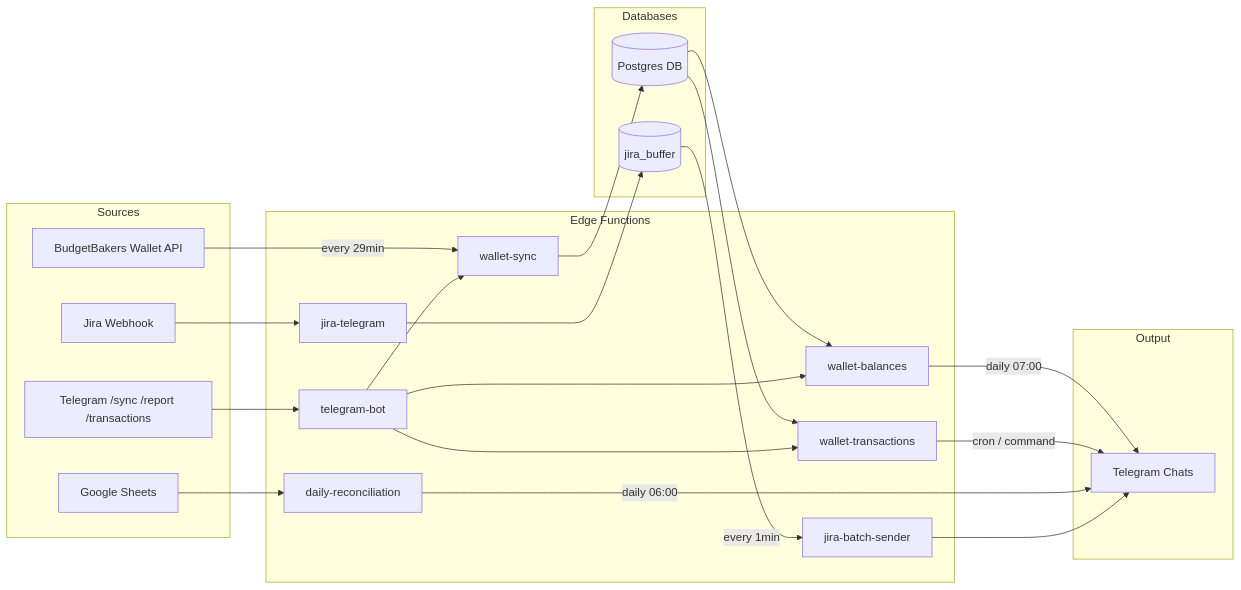
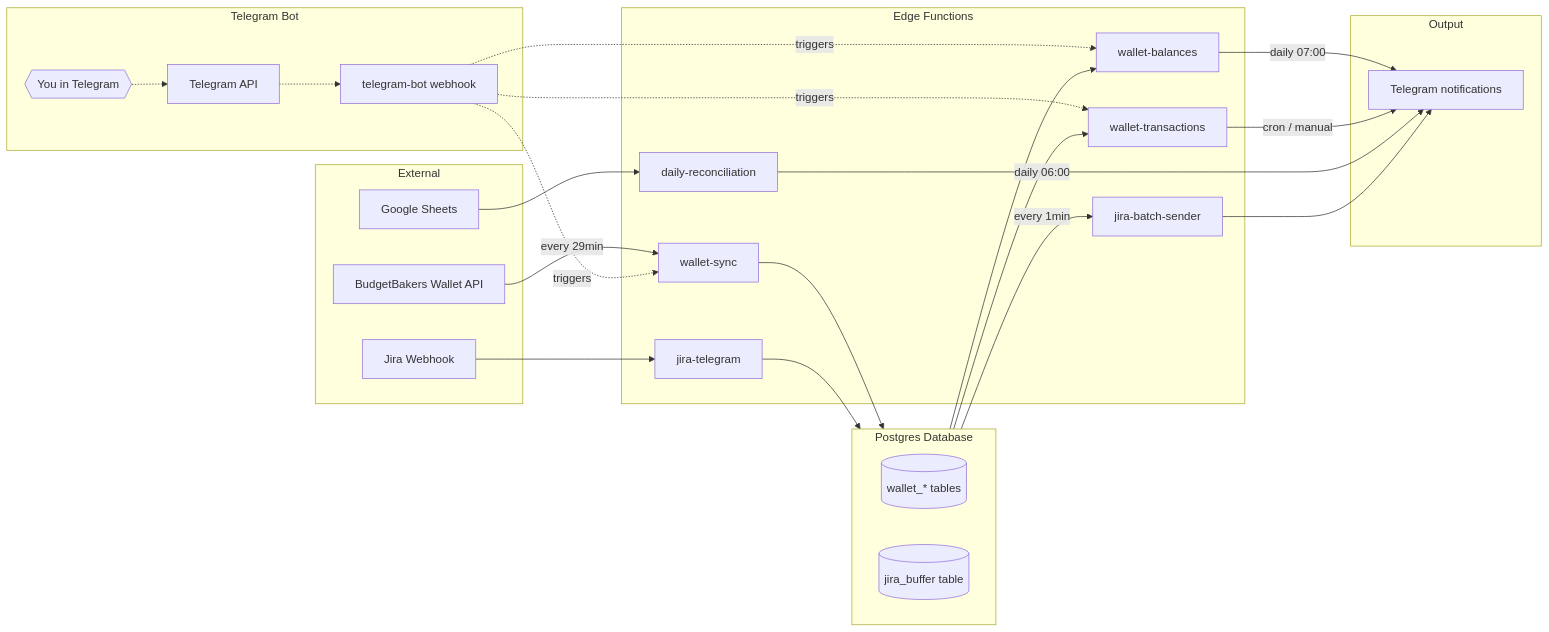
The diagram in README.md (yfozekosh/walletbot), drawn with Mermaid before and after one commit. The commit also changed other lines of this file, not shown here.

Commit message:
clarify diagram: user triggers bot, jira_buffer is a table inside Postgres

````diff
--- a/README.md
+++ b/README.md
@@ -19,35 +19,41 @@
 ```mermaid
 flowchart LR
-  subgraph Sources
+  subgraph External
     WB[BudgetBakers Wallet API]
     GS[Google Sheets]
     JW[Jira Webhook]
-    TG_CMD[Telegram /sync /report /transactions]
   end
 
-  subgraph Edge["Edge Functions"]
+  subgraph Bot["Telegram Bot"]
+    User{{"You in Telegram"}} -.-> TG[Telegram API]
+    TG -.-> TB[telegram-bot webhook]
+  end
+
+  subgraph Functions["Edge Functions"]
     WS[wallet-sync]
     WBAL[wallet-balances]
     WT[wallet-transactions]
     DR[daily-reconciliation]
-    TB[telegram-bot]
     JT[jira-telegram]
     JBS[jira-batch-sender]
   end
 
-  subgraph Store["Databases"]
-    DB[("Postgres DB")]
-    JB[(jira_buffer)]
+  subgraph DB["Postgres Database"]
+    direction LR
+    MAIN[("wallet_* tables")]
+    BUF[("jira_buffer table")]
   end
 
   subgraph Output
-    TG[Telegram Chats]
+    NOTIF[Telegram notifications]
   end
 
-  WB -- every 29min --> WS --> DB
-  DB --> WBAL -- daily 07:00 --> TG
-  DB --> WT -- cron / command --> TG
-  GS --> DR -- daily 06:00 --> TG
-  JW --> JT --> JB -- every 1min --> JBS --> TG
-  TG_CMD --> TB --> WS & WBAL & WT
+  WB -- every 29min --> WS --> MAIN
+  MAIN --> WBAL -- daily 07:00 --> NOTIF
+  MAIN --> WT -- cron / manual --> NOTIF
+  GS --> DR -- daily 06:00 --> NOTIF
+  JW --> JT --> BUF -- every 1min --> JBS --> NOTIF
+  TB -.->|triggers| WS
+  TB -.->|triggers| WBAL
+  TB -.->|triggers| WT
 ```
````
